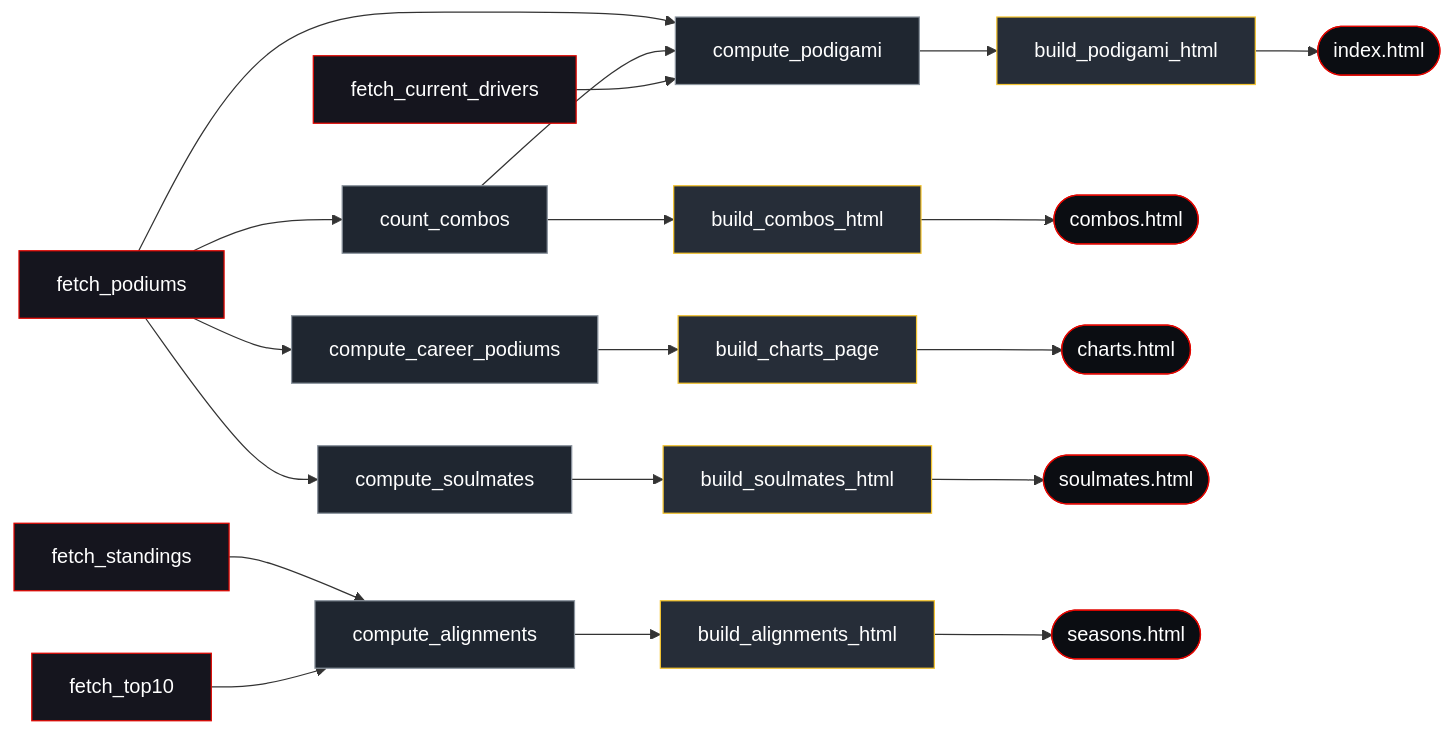
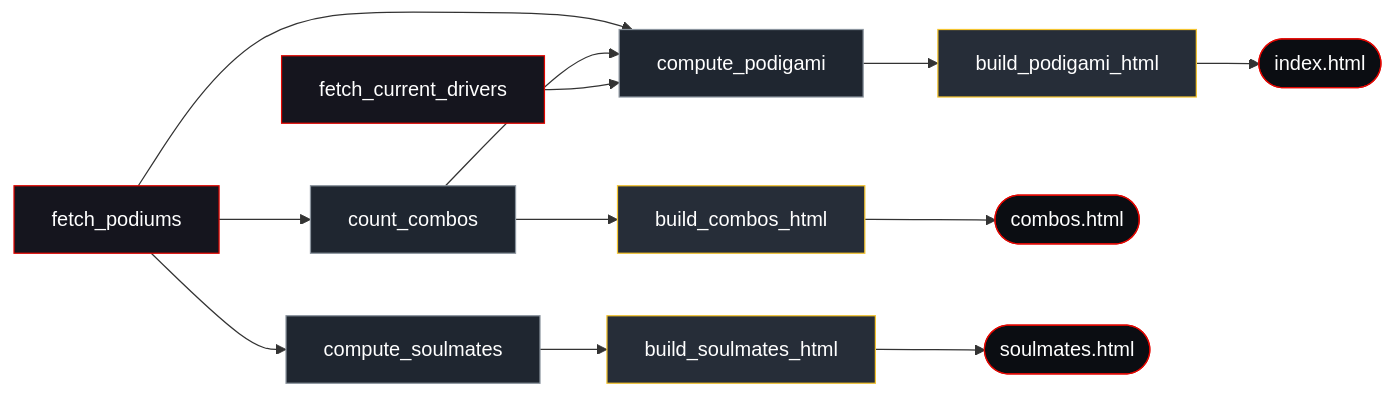
Before and after one commit to NikoKiru/f1podigami: the first of 2 diagrams in README.md, drawn with Mermaid. The commit also changed other lines of this file and 25 other files, not shown here.

First line of the commit message:
Refactor: Remove charts and alignments functionality

````diff
--- a/README.md
+++ b/README.md
@@ -86,36 +86,26 @@
 ```mermaid
 flowchart LR
     classDef fetch fill:#15151E,stroke:#e10600,color:#fff;
     classDef compute fill:#1f2630,stroke:#8b949e,color:#fff;
     classDef build fill:#262d38,stroke:#f4c430,color:#fff;
     classDef page fill:#0b0d12,stroke:#e10600,color:#fff;
 
     FP[fetch_podiums]:::fetch
     FG[fetch_current_drivers]:::fetch
-    FS[fetch_standings]:::fetch
-    FT[fetch_top10]:::fetch
 
     CC[count_combos]:::compute
     CP[compute_podigami]:::compute
-    CR[compute_career_podiums]:::compute
     CM[compute_soulmates]:::compute
-    CA[compute_alignments]:::compute
 
     BP[build_podigami_html]:::build
     BC[build_combos_html]:::build
-    BH[build_charts_page]:::build
     BM[build_soulmates_html]:::build
-    BA[build_alignments_html]:::build
 
-    FP --> CC & CR & CM & CP
+    FP --> CC & CM & CP
     CC --> CP
     FG --> CP
-    FS --> CA
-    FT --> CA
 
     CP --> BP --> I([index.html]):::page
     CC --> BC --> O([combos.html]):::page
-    CR --> BH --> H([charts.html]):::page
     CM --> BM --> S([soulmates.html]):::page
-    CA --> BA --> E([seasons.html]):::page
 ```
````
